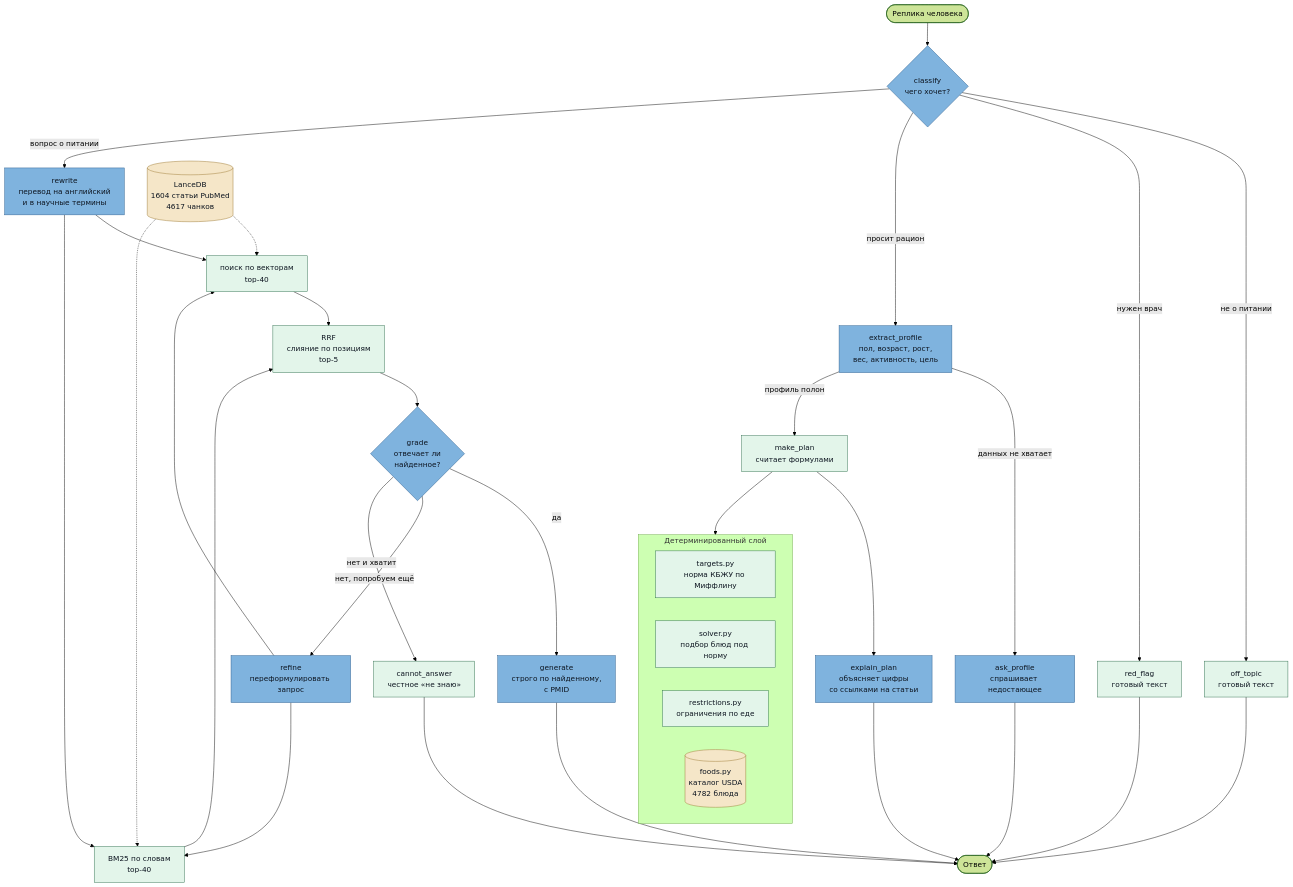
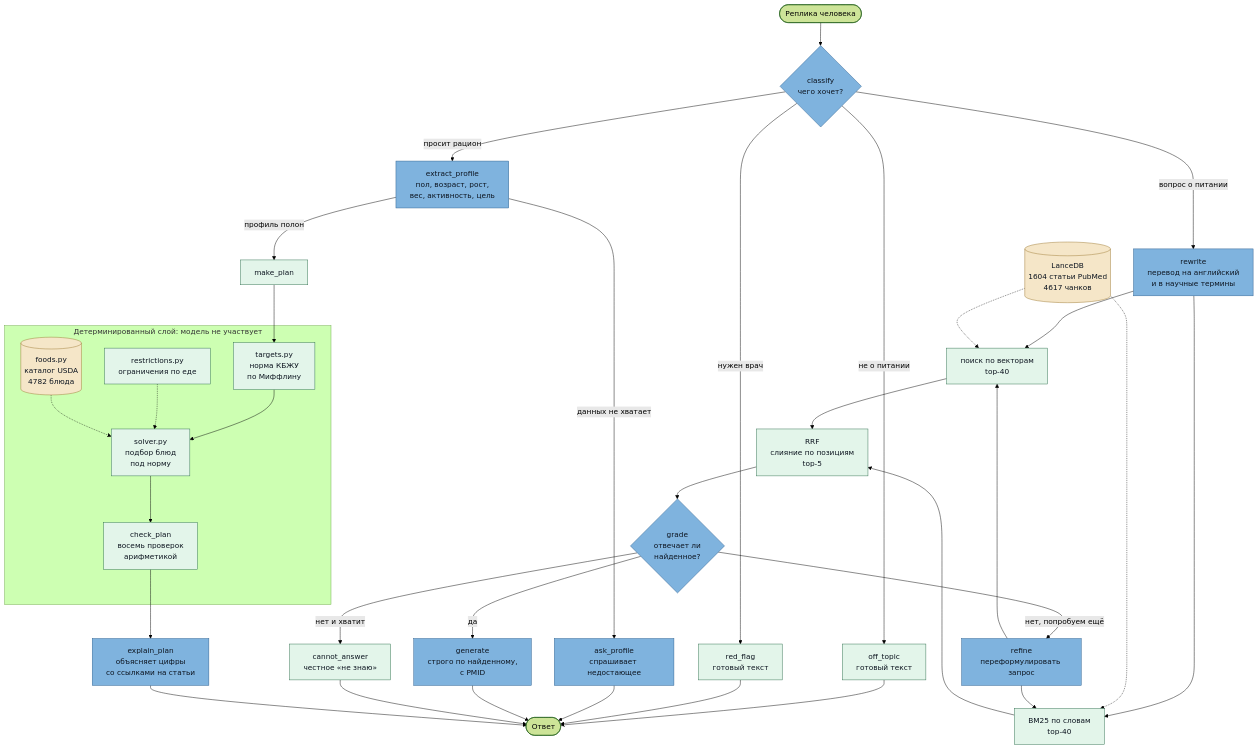
The diagram in README.md (Lutichek/Nutrition-agent), drawn with Mermaid (forest theme) before and after one commit.

Commit message:
Диаграмма: сомкнуть детерминированную ветку
Обход графа показал два обрыва:

* DET был тупиком — MP --> DET входило, наружу не вело ничего,
  и путь «просит рацион» не доходил до ответа;
* T, S, R, F не участвовали НИ В ОДНОМ ребре. Четыре узла висели
  внутри рамки как подпись, а не как часть потока.

Получалась асимметрия: ветка вопросов после прошлой правки показывала
настоящее движение данных, а ветка рациона — декоративную рамку.

Теперь путь идёт сквозь слой: make_plan → targets → solver → check_plan
→ explain_plan. Каталог и ограничения втекают в солвер пунктиром — так
же, как индекс втекает в оба поиска.

Добавлен check_plan: восемь арифметических проверок упоминались в тексте
README, но в схеме их не было видно, хотя это и есть то, чем расчёт
отличается от «модель сказала».

Проверено обходом: тупиков нет, все узлы доходят до ответа, объявленных
без рёбер нет. Недостижимы из входа только три источника данных —
индекс, каталог и модуль ограничений, что для источников и правильно.

````diff
--- a/README.md
+++ b/README.md
@@ -42,41 +42,41 @@
 ```mermaid
 flowchart TD
     Q([Реплика человека]) --> C{classify<br/>чего хочет?}:::llm
 
     C -->|не о питании| OT[off_topic<br/>готовый текст]:::code --> E([Ответ])
     C -->|нужен врач| RF[red_flag<br/>готовый текст]:::code --> E
 
     C -->|просит рацион| EP[extract_profile<br/>пол, возраст, рост,<br/>вес, активность, цель]:::llm
     EP -->|данных не хватает| AP[ask_profile<br/>спрашивает недостающее]:::llm --> E
-    EP -->|профиль полон| MP[make_plan<br/>считает формулами]:::code
-    MP --> XP[explain_plan<br/>объясняет цифры<br/>со ссылками на статьи]:::llm --> E
+    EP -->|профиль полон| MP[make_plan]:::code
 
     C -->|вопрос о питании| RW[rewrite<br/>перевод на английский<br/>и в научные термины]:::llm
     RW --> DS[поиск по векторам<br/>top-40]:::code
     RW --> BM[BM25 по словам<br/>top-40]:::code
     DS --> RRF[RRF<br/>слияние по позициям<br/>top-5]:::code
     BM --> RRF
 
     KB[(LanceDB<br/>1604 статьи PubMed<br/>4617 чанков)]:::store
     KB -.-> DS
     KB -.-> BM
 
     RRF --> G{grade<br/>отвечает ли<br/>найденное?}:::llm
     G -->|да| GEN[generate<br/>строго по найденному,<br/>с PMID]:::llm --> E
     G -->|нет, попробуем ещё| RFN[refine<br/>переформулировать запрос]:::llm --> DS
     RFN --> BM
     G -->|нет и хватит| CA[cannot_answer<br/>честное «не знаю»]:::code --> E
 
-    subgraph DET [Детерминированный слой]
-        T[targets.py<br/>норма КБЖУ по Миффлину]:::code
-        S[solver.py<br/>подбор блюд под норму]:::code
-        R[restrictions.py<br/>ограничения по еде]:::code
-        F[(foods.py<br/>каталог USDA<br/>4782 блюда)]:::store
+    subgraph DET [Детерминированный слой: модель не участвует]
+        T[targets.py<br/>норма КБЖУ<br/>по Миффлину]:::code --> S[solver.py<br/>подбор блюд<br/>под норму]:::code
+        R[restrictions.py<br/>ограничения по еде]:::code -.-> S
+        F[(foods.py<br/>каталог USDA<br/>4782 блюда)]:::store -.-> S
+        S --> CH[check_plan<br/>восемь проверок<br/>арифметикой]:::code
     end
 
-    MP --> DET
+    MP --> T
+    CH --> XP[explain_plan<br/>объясняет цифры<br/>со ссылками на статьи]:::llm --> E
 
     classDef llm fill:#7fb3de,stroke:#2c5f8f,color:#0d1520
     classDef code fill:#e3f5ea,stroke:#2f6f4e,color:#0d1520
     classDef store fill:#f5e6c8,stroke:#9c7a33,color:#0d1520
 ```
````
